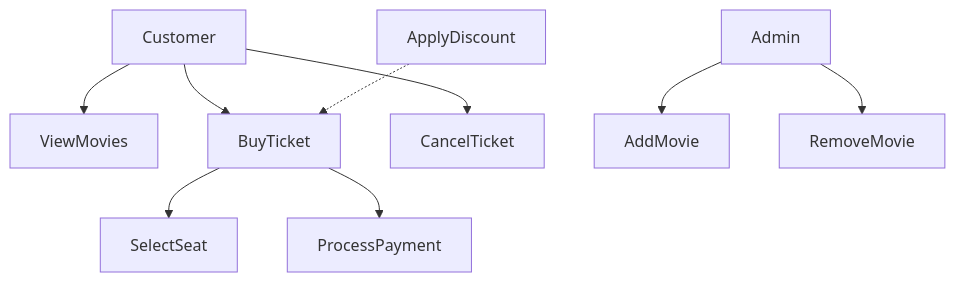
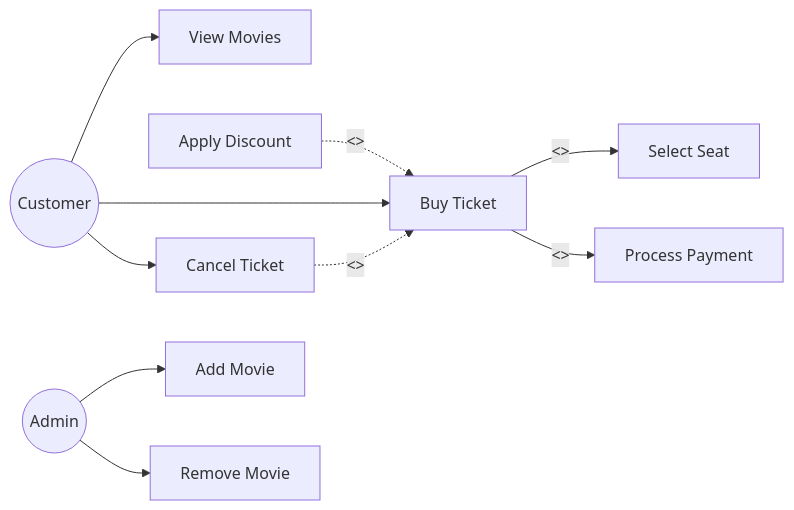
Before and after one commit to DanutSavu/lab2: the diagram in README.md, drawn with Mermaid. The commit also changed other lines of this file, not shown here.

First line of the commit message:
Revise use case diagram and add actors section

````diff
--- a/README.md
+++ b/README.md
@@ -3,15 +3,29 @@
 ```mermaid
-flowchart TD
+flowchart LR
+
+Customer((Customer))
+Admin((Admin))
+
+ViewMovies[View Movies]
+BuyTicket[Buy Ticket]
+SelectSeat[Select Seat]
+ProcessPayment[Process Payment]
+ApplyDiscount[Apply Discount]
+CancelTicket[Cancel Ticket]
+
+AddMovie[Add Movie]
+RemoveMovie[Remove Movie]
 
 Customer --> ViewMovies
 Customer --> BuyTicket
 Customer --> CancelTicket
 
 Admin --> AddMovie
 Admin --> RemoveMovie
 
-BuyTicket --> SelectSeat
-BuyTicket --> ProcessPayment
+BuyTicket -->|<<include>>| SelectSeat
+BuyTicket -->|<<include>>| ProcessPayment
 
-ApplyDiscount -.-> BuyTicket
+ApplyDiscount -.->|<<extend>>| BuyTicket
+CancelTicket -.->|<<extend>>| BuyTicket
 ```
````
